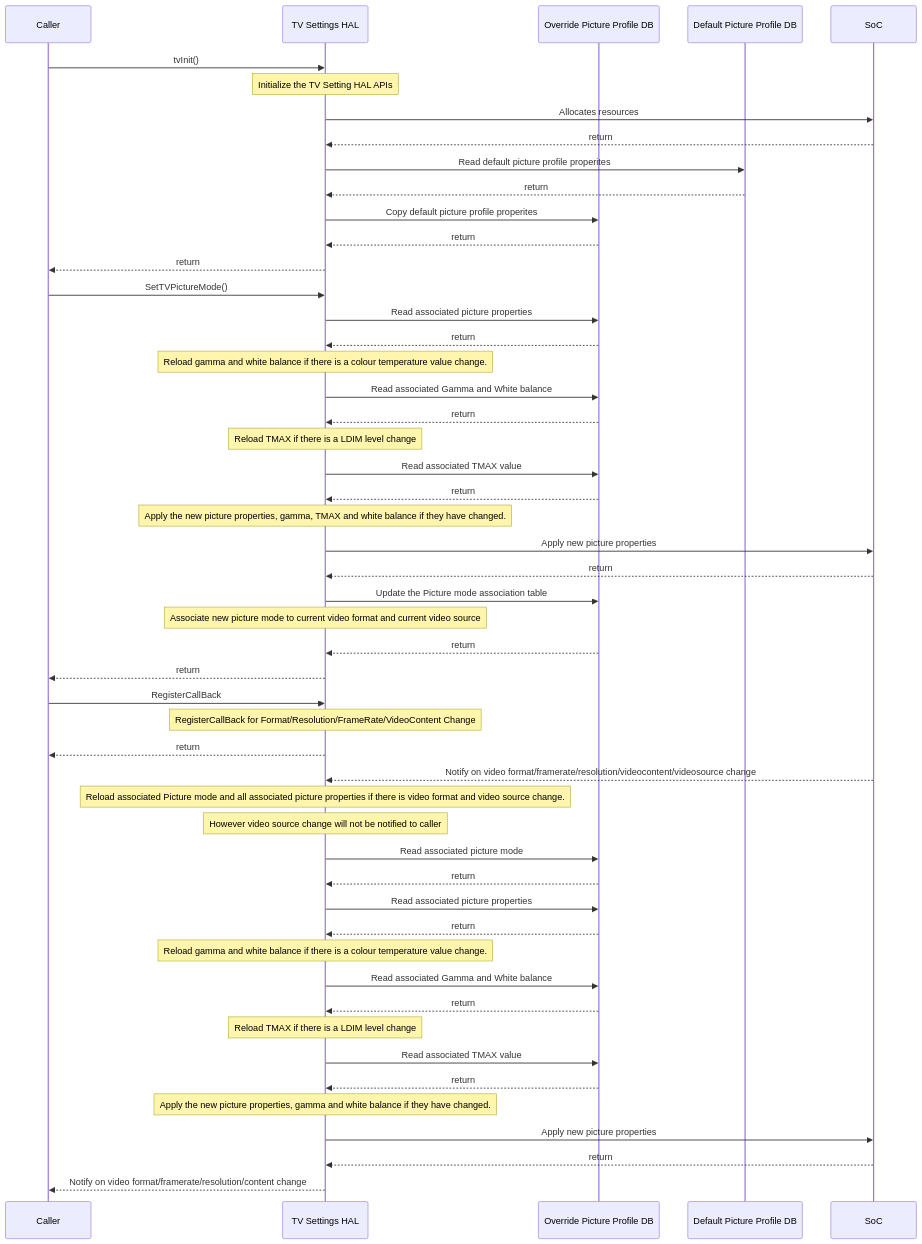
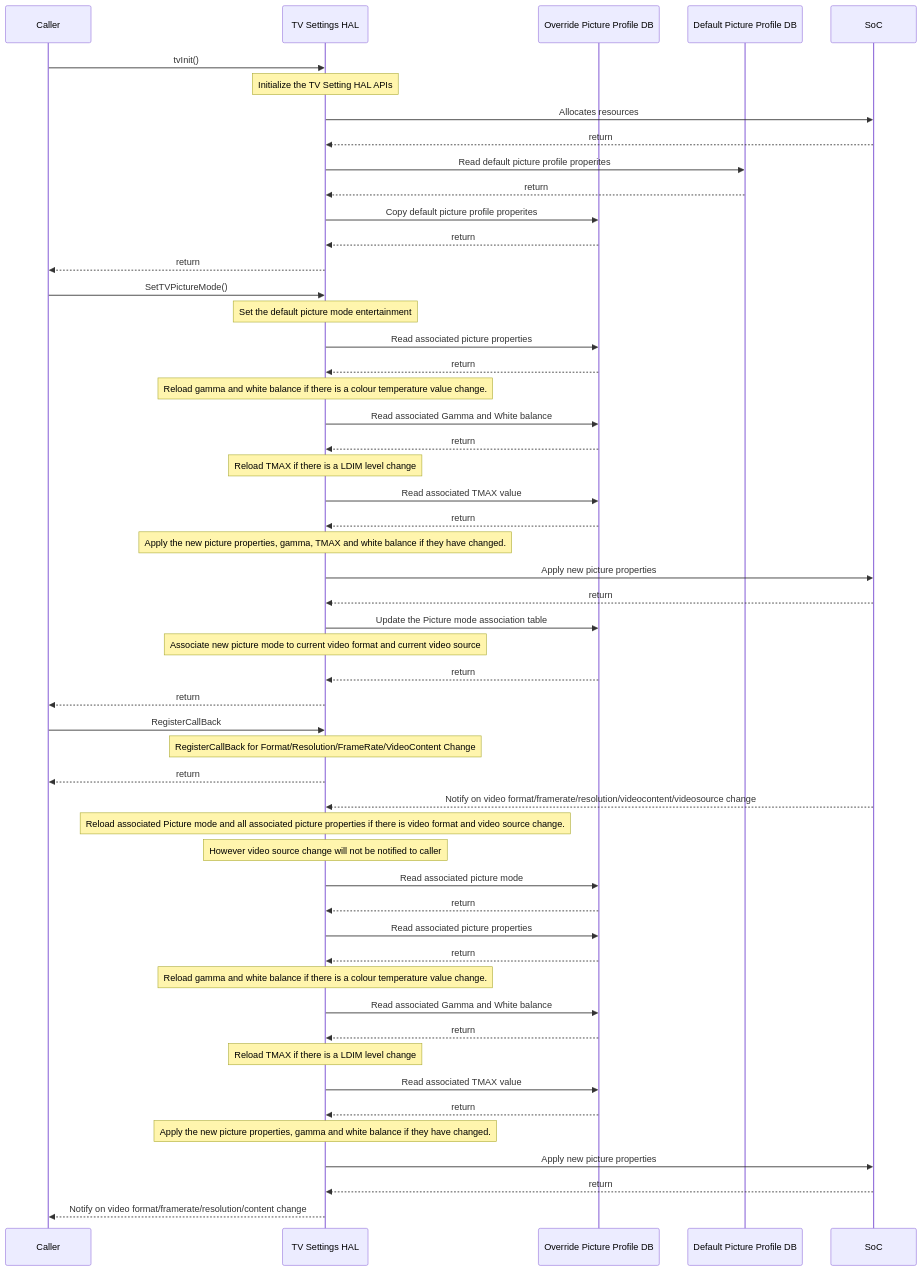
The second of 7 diagrams in docs/pages/tv-settings_halSpec.md (rdkcentral/rdkv-halif-tvsettings), drawn with Mermaid before and after one commit.

Commit message:
gh #5 add default PQ mode

````diff
--- a/docs/pages/tv-settings_halSpec.md
+++ b/docs/pages/tv-settings_halSpec.md
@@ -315,56 +315,57 @@
 ```mermaid
 sequenceDiagram
 participant Caller as Caller
     participant HAL as TV Settings HAL
     participant OPPDB as Override Picture Profile DB
     participant DPPDB as Default Picture Profile DB
     participant Driver as SoC
 
     Caller->>HAL:tvInit()
     Note over HAL: Initialize the TV Setting HAL APIs
     HAL->>Driver: Allocates resources
     Driver-->>HAL:return
     HAL->>DPPDB: Read default picture profile properites
     DPPDB-->>HAL:return
     HAL->>OPPDB: Copy default picture profile properites
     OPPDB-->>HAL:return
     HAL-->>Caller:return
     Caller->>HAL: SetTVPictureMode()
+    Note over HAL: Set the default picture mode entertainment
     HAL->>OPPDB: Read associated picture properties
     OPPDB-->>HAL:return
     Note over HAL: Reload gamma and white balance if there is a colour temperature value change.
     HAL->>OPPDB: Read associated Gamma and White balance
     OPPDB-->>HAL:return
     Note over HAL: Reload TMAX if there is a LDIM level change
     HAL->>OPPDB: Read associated TMAX value
     OPPDB-->>HAL:return
     Note over HAL: Apply the new picture properties, gamma, TMAX and white balance if they have changed.
     HAL->>Driver: Apply new picture properties
     Driver-->>HAL:return
     HAL->>OPPDB: Update the Picture mode association table
     Note over HAL: Associate new picture mode to current video format and current video source
     OPPDB-->>HAL:return
     HAL-->>Caller:return
 
     Caller->>HAL: RegisterCallBack
     Note over HAL:RegisterCallBack for Format/Resolution/FrameRate/VideoContent Change
     HAL-->>Caller:return
 
     Driver-->>HAL:Notify on video format/framerate/resolution/videocontent/videosource change
     Note over HAL: Reload associated Picture mode and all associated picture properties if there is video format and video source change.
     Note over HAL: However video source change will not be notified to caller
     HAL->>OPPDB: Read associated picture mode
     OPPDB-->>HAL:return
     HAL->>OPPDB: Read associated picture properties
     OPPDB-->>HAL:return
     Note over HAL: Reload gamma and white balance if there is a colour temperature value change.
     HAL->>OPPDB: Read associated Gamma and White balance
     OPPDB-->>HAL:return
     Note over HAL: Reload TMAX if there is a LDIM level change
     HAL->>OPPDB: Read associated TMAX value
     OPPDB-->>HAL:return
     Note over HAL: Apply the new picture properties, gamma and white balance if they have changed.
     HAL->>Driver: Apply new picture properties
     Driver-->>HAL: return
     HAL-->>Caller:Notify on video format/framerate/resolution/content change
 ```
````
